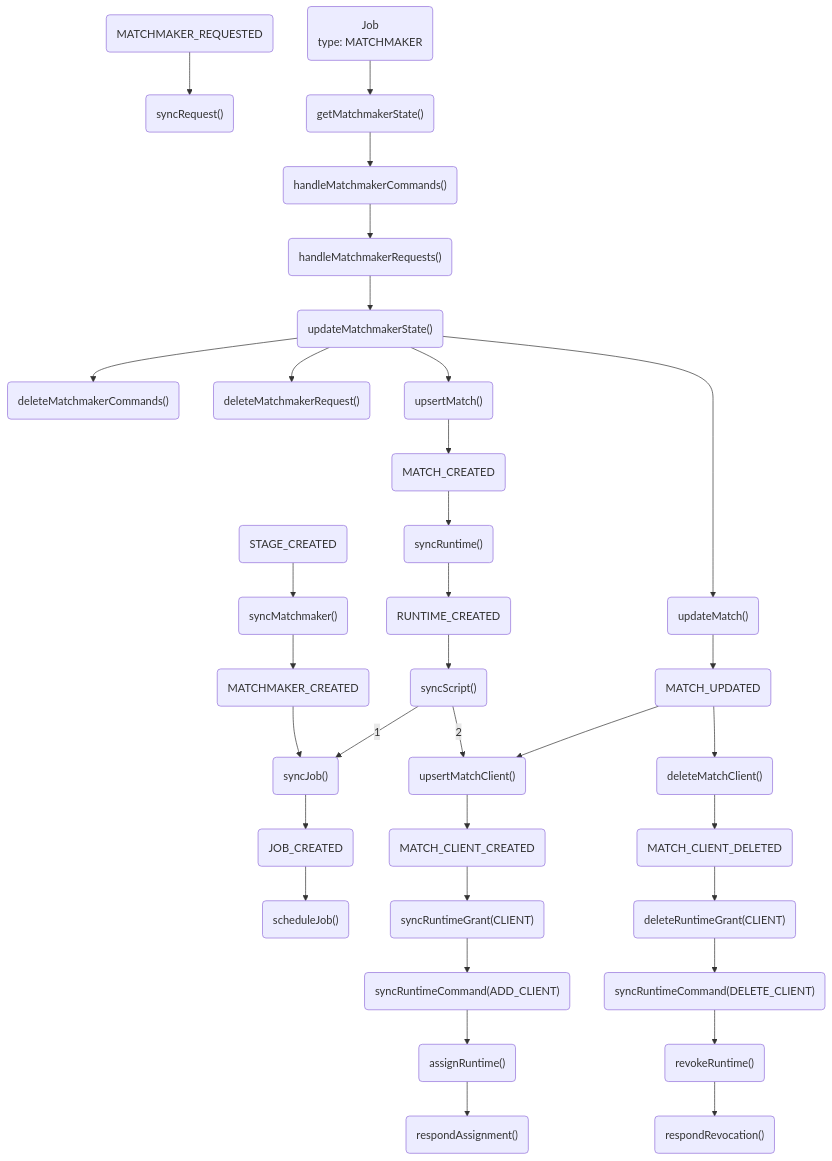
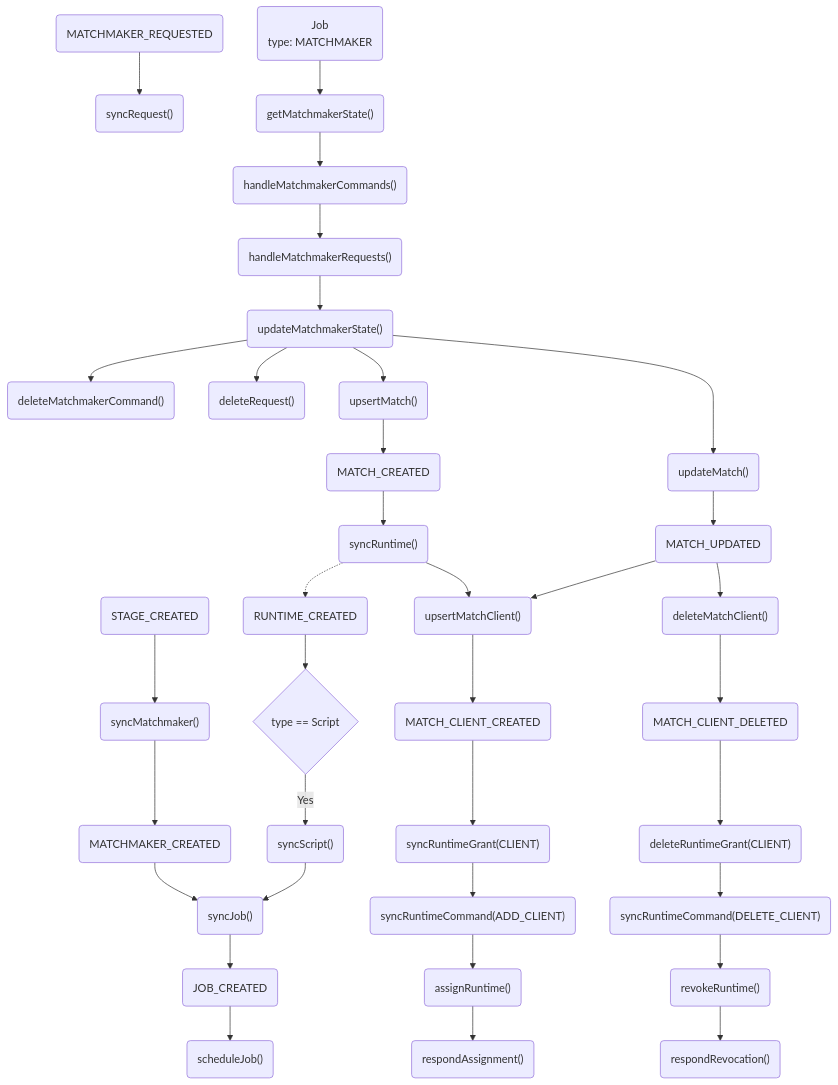
One commit to OMGSERVERS/omgservers changed the diagram in omgservers-documentation/Matchmaking.md. Above: the diagram before and after it, drawn with Mermaid. The commit also changed 22 other files, not shown here.

Commit message:
Handle match update event, create and delete match clients

````diff
--- a/omgservers-documentation/Matchmaking.md
+++ b/omgservers-documentation/Matchmaking.md
@@ -3,45 +3,47 @@
 ```mermaid
 graph TD;
 
 StageCreated(STAGE_CREATED) --> syncMatchmaker("syncMatchmaker()")
 syncMatchmaker("syncMatchmaker()") --> MatchmakerCreated(MATCHMAKER_CREATED)
 MatchmakerCreated(MATCHMAKER_CREATED) --> syncJob("syncJob()")
 
 MatchmakerRequested(MATCHMAKER_REQUESTED) --> syncRequest("syncRequest()")
 
 MatchmakerJob(Job<br/>type: MATCHMAKER) --> getMatchmakerState("getMatchmakerState()")
 getMatchmakerState("getMatchmakerState()") --> handleMatchmakerCommands("handleMatchmakerCommands()")
 handleMatchmakerCommands("handleMatchmakerCommands()") --> handleMatchmakerRequests("handleMatchmakerRequests()")
 handleMatchmakerRequests("handleMatchmakerRequests()") --> updateMatchmakerState("updateMatchmakerState()")
 
-updateMatchmakerState("updateMatchmakerState()") --> deleteMatchmakerCommands("deleteMatchmakerCommands()")
-updateMatchmakerState("updateMatchmakerState()") --> deleteMatchmakerRequest("deleteMatchmakerRequest()")
+updateMatchmakerState("updateMatchmakerState()") --> deleteMatchmakerCommand("deleteMatchmakerCommand()")
+updateMatchmakerState("updateMatchmakerState()") --> deleteRequest("deleteRequest()")
 
 updateMatchmakerState("updateMatchmakerState()") --> upserMatch("upserMatch()")
 upserMatch("upsertMatch()") --> MatchCreated(MATCH_CREATED)
 MatchCreated(MATCH_CREATED) --> syncRuntime("syncRuntime()")
-syncRuntime("syncRuntime()") --> RuntimeCreated(RUNTIME_CREATED)
-RuntimeCreated(RUNTIME_CREATED) --> syncScript("syncScript()")
-syncScript("syncScript()") -- 1 --> syncJob("syncJob()")
-syncScript("syncScript()") -- 2 --> upsertMatchClient("upsertMatchClient()")
+syncRuntime("syncRuntime()") -.-> RuntimeCreated(RUNTIME_CREATED)
+syncRuntime("syncRuntime()") --> upsertMatchClient("upsertMatchClient()")
 upsertMatchClient("upsertMatchClient()") --> MatchClientCreated(MATCH_CLIENT_CREATED)
 MatchClientCreated(MATCH_CLIENT_CREATED) --> syncRuntimeGrant("syncRuntimeGrant(CLIENT)")
 syncRuntimeGrant("syncRuntimeGrant(CLIENT)") --> syncAddClientRuntimeCommand("syncRuntimeCommand(ADD_CLIENT)")
 syncAddClientRuntimeCommand("syncRuntimeCommand(ADD_CLIENT)") --> assignRuntime("assignRuntime()")
 assignRuntime("assignRuntime()") --> respondAssignment("respondAssignment()")
 respondAssignment("respondAssignment()")
+
+RuntimeCreated(RUNTIME_CREATED) --> checkRuntimeType{"type == Script"}
+checkRuntimeType{"type == Script"} -- Yes --> syncScript("syncScript()")
+syncScript("syncScript()") --> syncJob("syncJob()")
 
 updateMatchmakerState("updateMatchmakerState()") --> updateMatch("updateMatch()")
 updateMatch("updateMatch()") --> MatchUpdated(MATCH_UPDATED)
 MatchUpdated(MATCH_UPDATED) --> upsertMatchClient("upsertMatchClient()")
 MatchUpdated(MATCH_UPDATED) --> deleteMatchClient("deleteMatchClient()")
 deleteMatchClient("deleteMatchClient()") --> MatchClientDeleted(MATCH_CLIENT_DELETED)
 MatchClientDeleted(MATCH_CLIENT_DELETED) --> deleteRuntimeGrant("deleteRuntimeGrant(CLIENT)")
 deleteRuntimeGrant("deleteRuntimeGrant(CLIENT)") --> syncDeleteClientRuntimeCommand("syncRuntimeCommand(DELETE_CLIENT)")
 syncDeleteClientRuntimeCommand("syncRuntimeCommand(DELETE_CLIENT)") --> revokeRuntime("revokeRuntime()")
 revokeRuntime("revokeRuntime()") --> respondRevocation("respondRevocation()")
 
 syncJob("syncJob()") --> JobCreated(JOB_CREATED)
 JobCreated(JOB_CREATED) --> scheduleJob("scheduleJob()")
 
 ```
````
